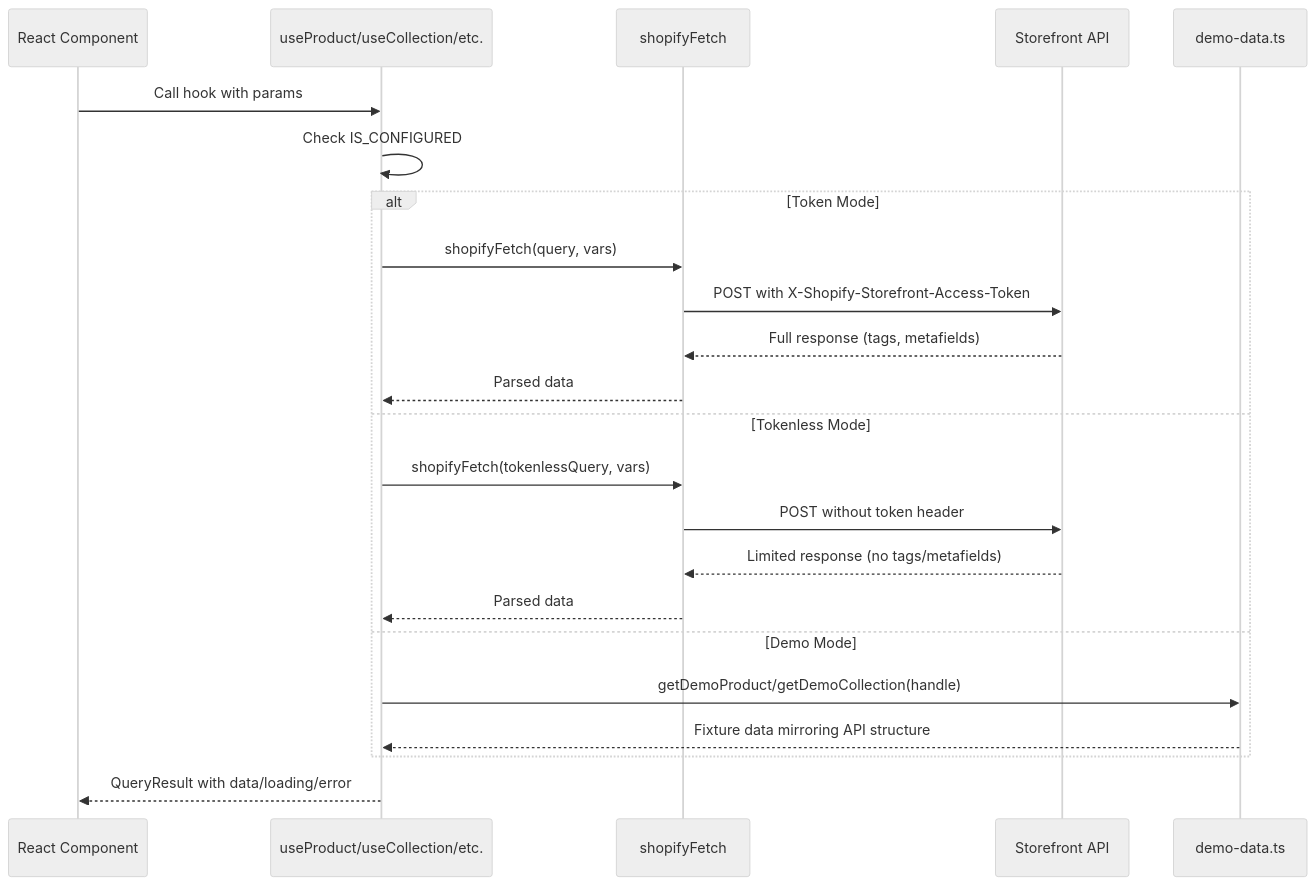
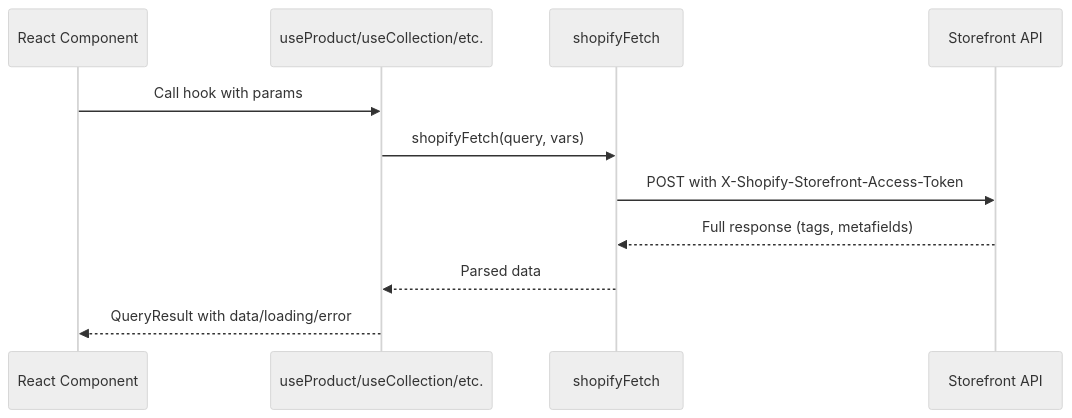
Before and after one commit to JasdeepN/house-of-mornii-shop: the second of 2 diagrams in docs/03-shopify-integration.md, drawn with Mermaid (neutral theme). The commit also changed other lines of this file and 96 other files, not shown here.

````diff
--- a/docs/03-shopify-integration.md
+++ b/docs/03-shopify-integration.md
@@ -390,28 +332,14 @@
 ```mermaid
 sequenceDiagram
     participant Component as React Component
     participant Hook as useProduct/useCollection/etc.
     participant Client as shopifyFetch
     participant Shopify as Storefront API
-    participant Demo as demo-data.ts
 
     Component->>Hook: Call hook with params
-    Hook->>Hook: Check IS_CONFIGURED
-    
-    alt Token Mode
-        Hook->>Client: shopifyFetch(query, vars)
-        Client->>Shopify: POST with X-Shopify-Storefront-Access-Token
-        Shopify-->>Client: Full response (tags, metafields)
-        Client-->>Hook: Parsed data
-    else Tokenless Mode
-        Hook->>Client: shopifyFetch(tokenlessQuery, vars)
-        Client->>Shopify: POST without token header
-        Shopify-->>Client: Limited response (no tags/metafields)
-        Client-->>Hook: Parsed data
-    else Demo Mode
-        Hook->>Demo: getDemoProduct/getDemoCollection(handle)
-        Demo-->>Hook: Fixture data mirroring API structure
-    end
-    
+    Hook->>Client: shopifyFetch(query, vars)
+    Client->>Shopify: POST with X-Shopify-Storefront-Access-Token
+    Shopify-->>Client: Full response (tags, metafields)
+    Client-->>Hook: Parsed data
     Hook-->>Component: QueryResult with data/loading/error
 ```
````
